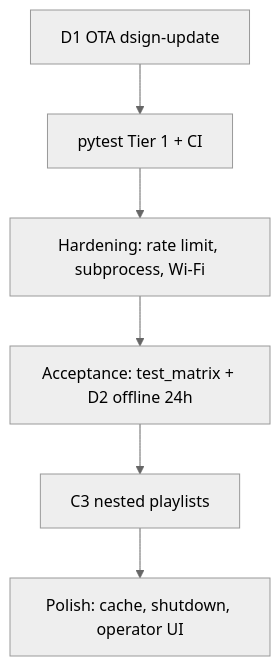
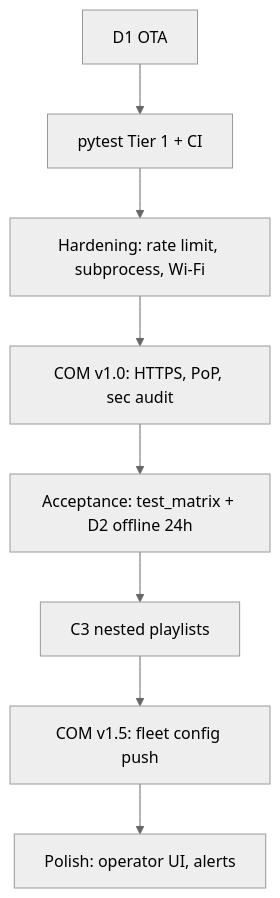
Before and after one commit to kirpodolak/dsign: the diagram in docs/dsign_backlog.md, drawn with Mermaid (neutral theme). The commit also changed other lines of this file, not shown here.

First line of the commit message:
docs(backlog): add commercial v1.0 gaps (PoP, HTTPS, telemetry, fleet)

````diff
--- a/docs/dsign_backlog.md
+++ b/docs/dsign_backlog.md
@@ -44,8 +48,10 @@
 ```mermaid
 flowchart TD
-  D1[D1 OTA dsign-update] --> T1[pytest Tier 1 + CI]
+  D1[D1 OTA] --> T1[pytest Tier 1 + CI]
   T1 --> H1[Hardening: rate limit, subprocess, Wi-Fi]
-  H1 --> ACC[Acceptance: test_matrix + D2 offline 24h]
+  H1 --> COM[COM v1.0: HTTPS, PoP, sec audit]
+  COM --> ACC[Acceptance: test_matrix + D2 offline 24h]
   ACC --> C3[C3 nested playlists]
-  C3 --> P2[Polish: cache, shutdown, operator UI]
+  C3 --> V15[COM v1.5: fleet config push]
+  V15 --> P2[Polish: operator UI, alerts]
 ```
````
